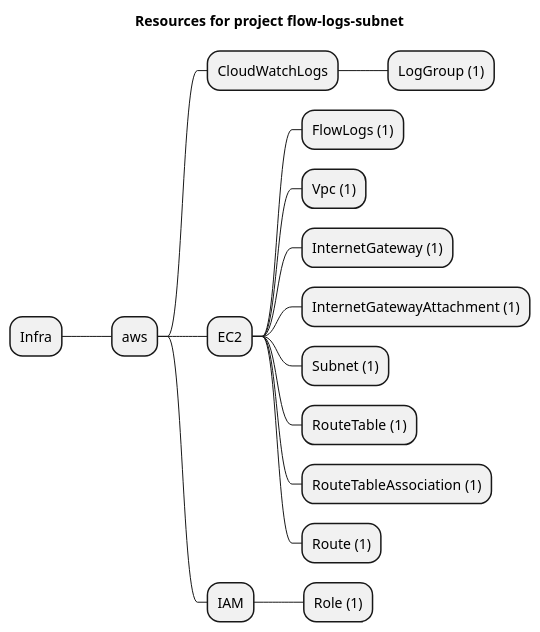
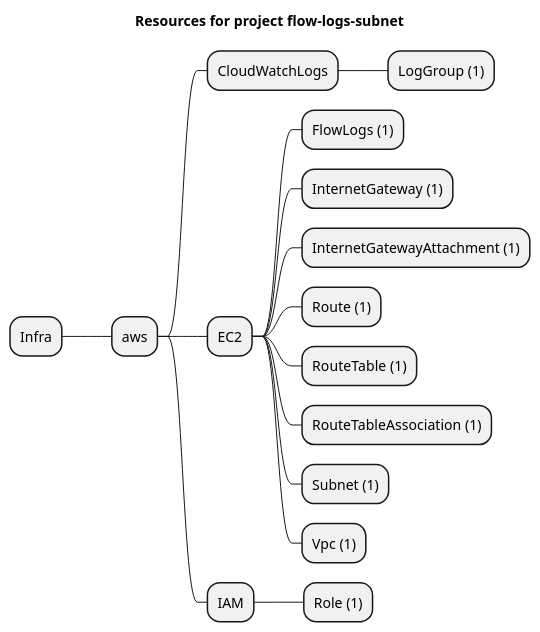
One commit to grucloud/grucloud changed the diagram in examples/aws/EC2/flow-logs/flow-logs-subnet/artifacts/resources-mindmap.puml. Above: the diagram before and after it, drawn with PlantUML. The commit also changed other lines of this file and 7 other files, not shown here.

```diff
--- a/examples/aws/EC2/flow-logs/flow-logs-subnet/artifacts/resources-mindmap.puml
+++ b/examples/aws/EC2/flow-logs/flow-logs-subnet/artifacts/resources-mindmap.puml
@@ -1,19 +1,19 @@
 @startmindmap
 title Resources for project flow-logs-subnet
 skinparam monochrome true
 + Infra
 ++ aws
 +++ CloudWatchLogs
 ++++ LogGroup (1)
 +++ EC2
 ++++ FlowLogs (1)
-++++ Vpc (1)
 ++++ InternetGateway (1)
 ++++ InternetGatewayAttachment (1)
-++++ Subnet (1)
+++++ Route (1)
 ++++ RouteTable (1)
 ++++ RouteTableAssociation (1)
-++++ Route (1)
+++++ Subnet (1)
+++++ Vpc (1)
 +++ IAM
 ++++ Role (1)
 @endmindmap
```
